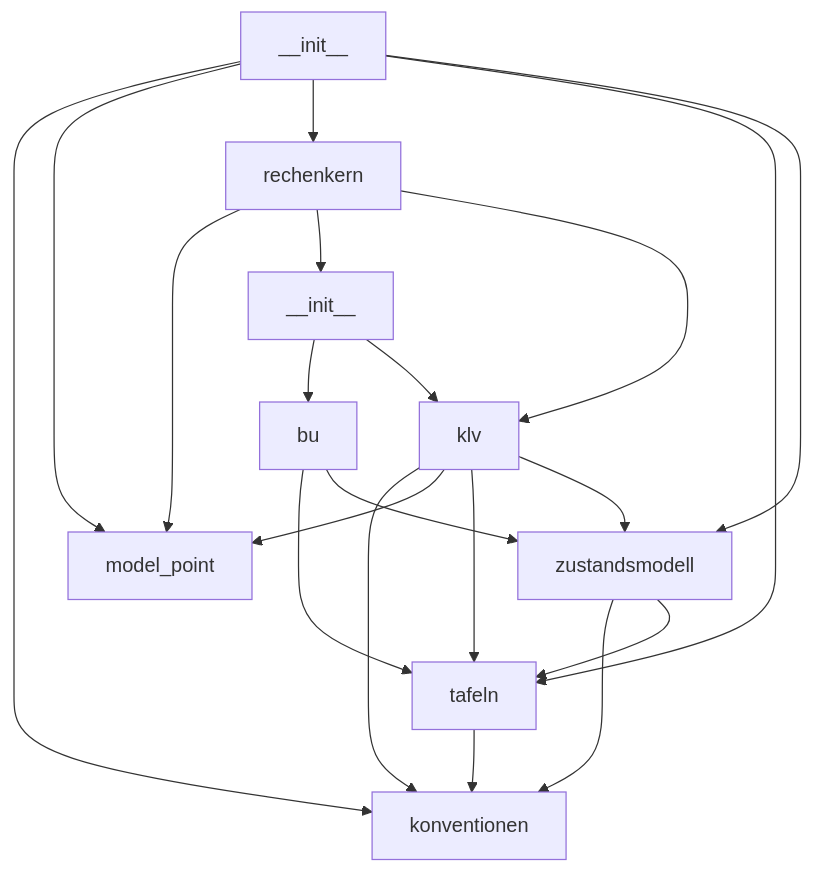
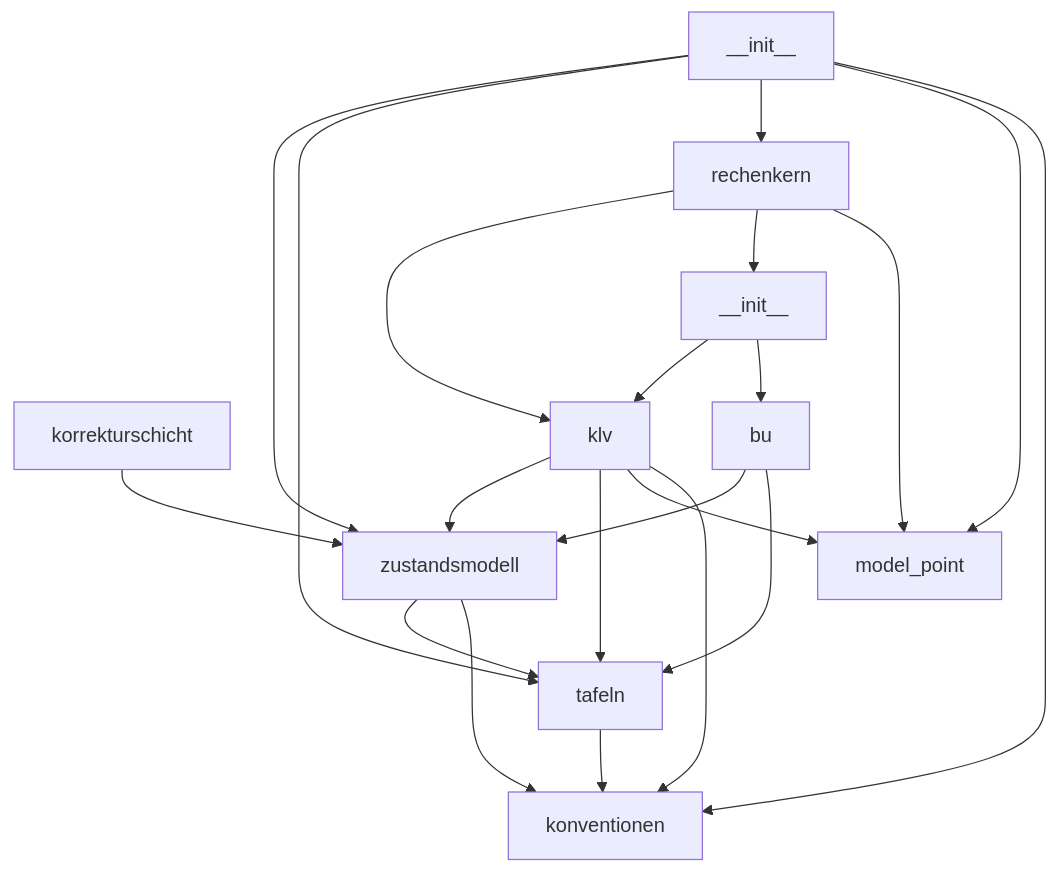
One commit to bartlmac/rechner-pipeline changed the third of 3 diagrams in docs/architektur/landkarte.md. Above: the diagram before and after it, drawn with Mermaid. The commit also changed other lines of this file and 2 other files, not shown here.

````diff
--- a/docs/architektur/landkarte.md
+++ b/docs/architektur/landkarte.md
@@ -96,32 +96,34 @@
 ```mermaid
 %% kern — erzeugt von ontologie.landkarte
 flowchart TD
     rechner_pipeline_kern___init___py["__init__"]
     rechner_pipeline_kern_konventionen_py["konventionen"]
+    rechner_pipeline_kern_korrekturschicht_py["korrekturschicht"]
     rechner_pipeline_kern_model_point_py["model_point"]
     rechner_pipeline_kern_produkte___init___py["__init__"]
     rechner_pipeline_kern_produkte_bu_py["bu"]
     rechner_pipeline_kern_produkte_klv_py["klv"]
     rechner_pipeline_kern_rechenkern_py["rechenkern"]
     rechner_pipeline_kern_tafeln_py["tafeln"]
     rechner_pipeline_kern_zustandsmodell_py["zustandsmodell"]
     rechner_pipeline_kern___init___py --> rechner_pipeline_kern_konventionen_py
     rechner_pipeline_kern___init___py --> rechner_pipeline_kern_model_point_py
     rechner_pipeline_kern___init___py --> rechner_pipeline_kern_rechenkern_py
     rechner_pipeline_kern___init___py --> rechner_pipeline_kern_tafeln_py
     rechner_pipeline_kern___init___py --> rechner_pipeline_kern_zustandsmodell_py
+    rechner_pipeline_kern_korrekturschicht_py --> rechner_pipeline_kern_zustandsmodell_py
     rechner_pipeline_kern_produkte___init___py --> rechner_pipeline_kern_produkte_bu_py
     rechner_pipeline_kern_produkte___init___py --> rechner_pipeline_kern_produkte_klv_py
     rechner_pipeline_kern_produkte_bu_py --> rechner_pipeline_kern_tafeln_py
     rechner_pipeline_kern_produkte_bu_py --> rechner_pipeline_kern_zustandsmodell_py
     rechner_pipeline_kern_produkte_klv_py --> rechner_pipeline_kern_konventionen_py
     rechner_pipeline_kern_produkte_klv_py --> rechner_pipeline_kern_model_point_py
     rechner_pipeline_kern_produkte_klv_py --> rechner_pipeline_kern_tafeln_py
     rechner_pipeline_kern_produkte_klv_py --> rechner_pipeline_kern_zustandsmodell_py
     rechner_pipeline_kern_rechenkern_py --> rechner_pipeline_kern_model_point_py
     rechner_pipeline_kern_rechenkern_py --> rechner_pipeline_kern_produkte___init___py
     rechner_pipeline_kern_rechenkern_py --> rechner_pipeline_kern_produkte_klv_py
     rechner_pipeline_kern_tafeln_py --> rechner_pipeline_kern_konventionen_py
     rechner_pipeline_kern_zustandsmodell_py --> rechner_pipeline_kern_konventionen_py
     rechner_pipeline_kern_zustandsmodell_py --> rechner_pipeline_kern_tafeln_py
 ```
````
